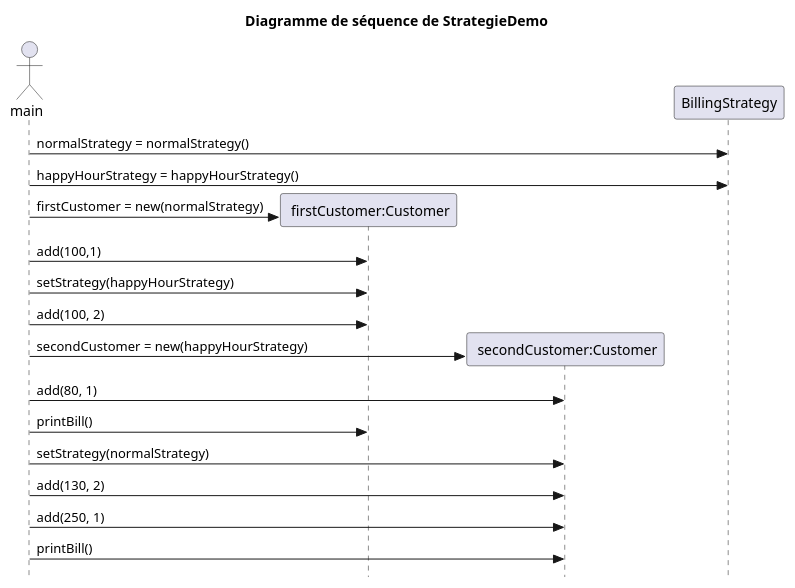
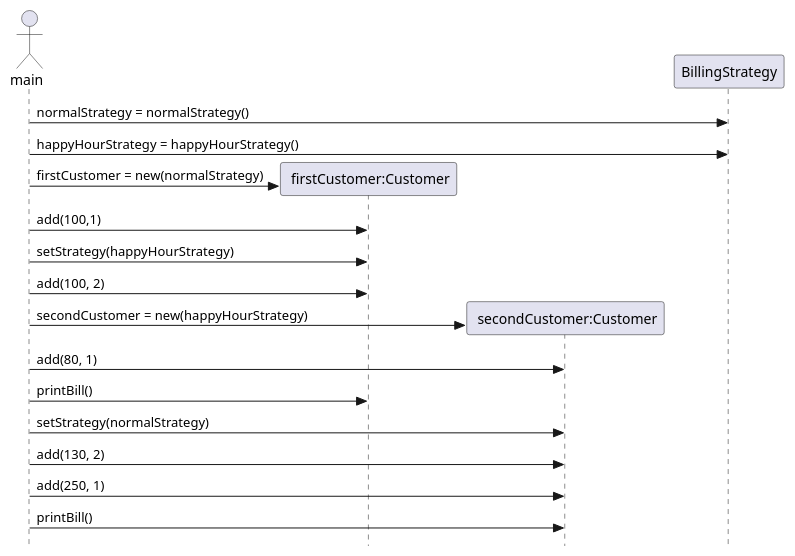
The second of 2 diagrams in src/main/java/Strategie/Billing/README.puml (yvanross/LOG121-GOF-exemples), drawn with PlantUML before and after one commit. The commit also changed 2 other files, not shown here.

```diff
--- a/src/main/java/Strategie/Billing/README.puml
+++ b/src/main/java/Strategie/Billing/README.puml
@@ -26,23 +26,22 @@
 @startuml Diagramme de séquence de StrategieDemo
 skinparam Style strictuml
-title Diagramme de séquence de StrategieDemo
 
 actor main
 participant " firstCustomer:Customer"  as  firstCustomer
 participant " secondCustomer:Customer"  as  secondCustomer
 
 main -> BillingStrategy : normalStrategy = normalStrategy()
 main -> BillingStrategy : happyHourStrategy = happyHourStrategy()
 main -> firstCustomer ** : firstCustomer = new(normalStrategy) 
 main -> firstCustomer : add(100,1)
 main -> firstCustomer : setStrategy(happyHourStrategy)
 main -> firstCustomer : add(100, 2)
 main -> secondCustomer ** : secondCustomer = new(happyHourStrategy) 
 main -> secondCustomer : add(80, 1)
 main -> firstCustomer : printBill()
 main -> secondCustomer : setStrategy(normalStrategy)
 main -> secondCustomer : add(130, 2)
 main -> secondCustomer : add(250, 1)
 main -> secondCustomer : printBill()
 
 @enduml
```
